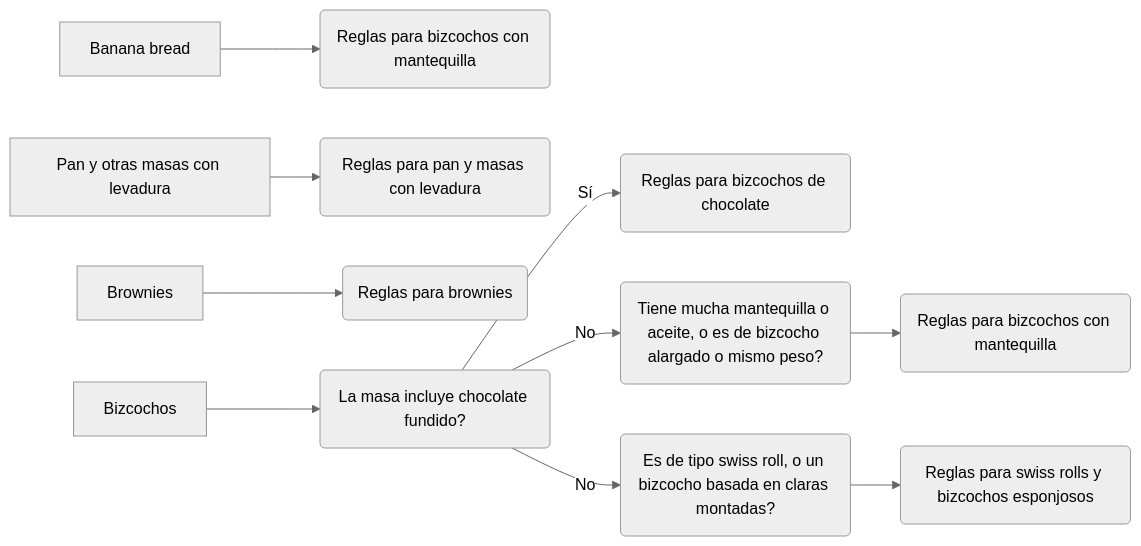
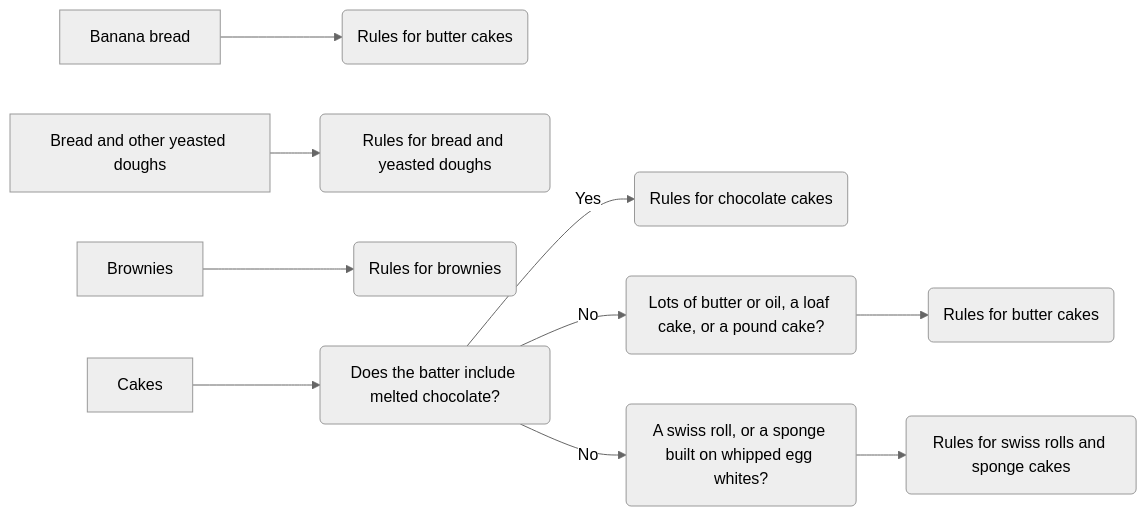
The diagram in skills/gluten-free-recipe/rules.md (CrisBarreiro/algorithmic-recipe), drawn with Mermaid (neutral theme) before and after one commit. The commit also changed other lines of this file and 5 other files, not shown here.

````diff
--- a/skills/gluten-free-recipe/rules.md
+++ b/skills/gluten-free-recipe/rules.md
@@ -7,12 +9,12 @@
 ```mermaid
 flowchart LR
-    BananaBread[Banana bread] --> RTartaMantequilla(Reglas para bizcochos con mantequilla)
-    Pan[Pan y otras masas con levadura] --> RPan(Reglas para pan y masas con levadura)
-    Brownies[Brownies] --> RBrownie(Reglas para brownies)
-    Tartas[Bizcochos] --> H(La masa incluye chocolate fundido?)
-    H -- Sí --> RTartaChocolate(Reglas para bizcochos de chocolate)
-    H -- No --> J(Tiene mucha mantequilla o aceite, o es de bizcocho alargado o mismo peso?)
-    J --> RTartaMantequilla2(Reglas para bizcochos con mantequilla)
-    H -- No --> L(Es de tipo swiss roll, o un bizcocho basada en claras montadas?)
-    L --> RSwissRoll(Reglas para swiss rolls y bizcochos esponjosos)
+    BananaBread[Banana bread] --> RButter(Rules for butter cakes)
+    Bread[Bread and other yeasted doughs] --> RBread(Rules for bread and yeasted doughs)
+    Brownies[Brownies] --> RBrownie(Rules for brownies)
+    Cakes[Cakes] --> H(Does the batter include melted chocolate?)
+    H -- Yes --> RChocolate(Rules for chocolate cakes)
+    H -- No --> J(Lots of butter or oil, a loaf cake, or a pound cake?)
+    J --> RButter2(Rules for butter cakes)
+    H -- No --> L(A swiss roll, or a sponge built on whipped egg whites?)
+    L --> RSwissRoll(Rules for swiss rolls and sponge cakes)
 ```
````
